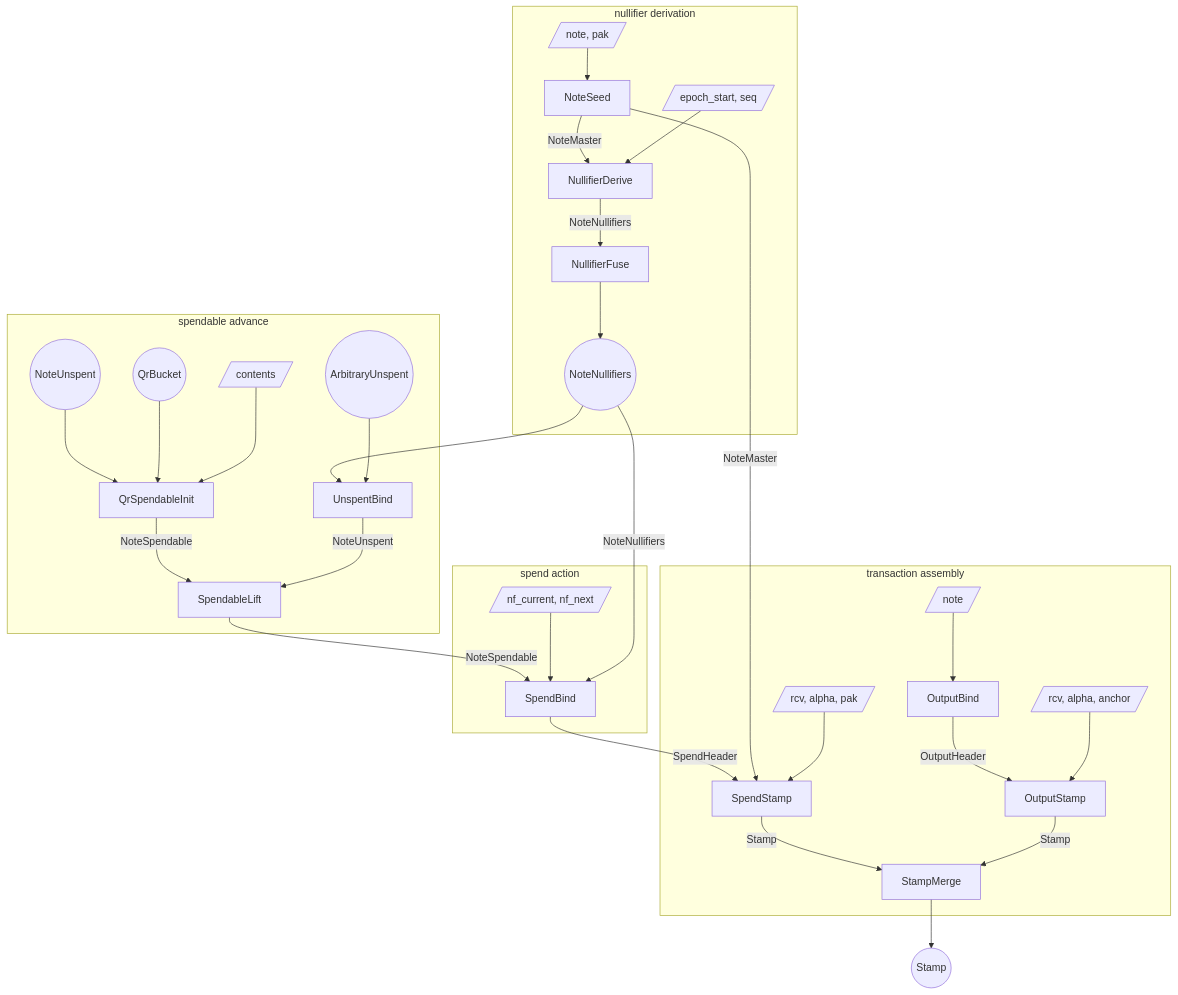
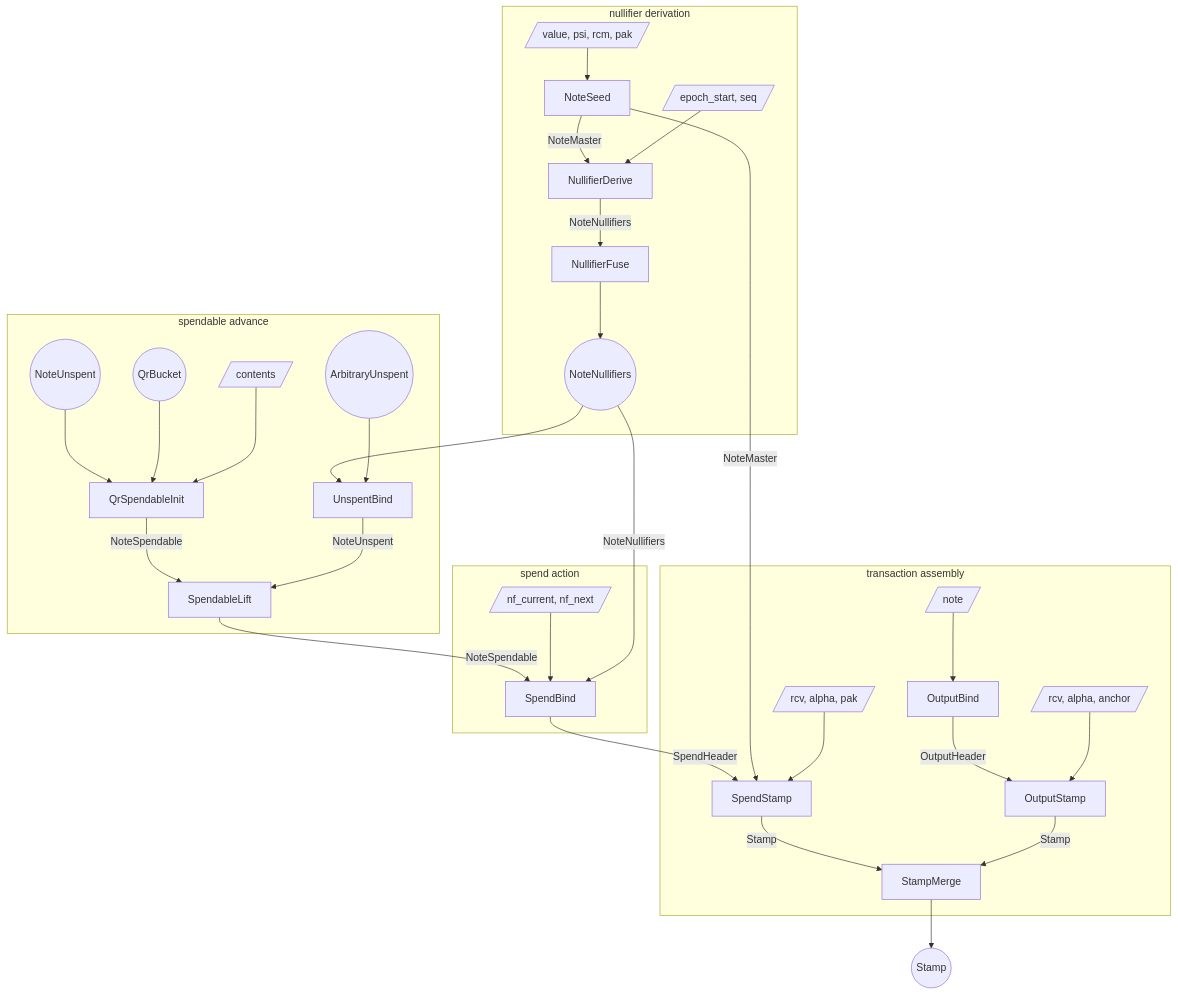
The first of 3 diagrams in book/src/proof-tree.md (tachyon-zcash/tachyon), drawn with Mermaid before and after one commit. The commit also changed other lines of this file and 3 other files, not shown here.

````diff
--- a/book/src/proof-tree.md
+++ b/book/src/proof-tree.md
@@ -289,66 +289,66 @@
 ```mermaid
 flowchart TB
   subgraph derive [nullifier derivation]
-    w_seed[/note, pak/]
+    w_seed[/value, psi, rcm, pak/]
     s_seed[NoteSeed]
     w_window[/epoch_start, seq/]
     s_window[NullifierDerive]
     s_dfuse[NullifierFuse]
     nf_range((NoteNullifiers))
   end
 
   subgraph spendable [spendable advance]
     bucket_in((QrBucket))
     creation_in((NoteUnspent))
     w_init[/contents/]
     s_init[QrSpendableInit]
     unspent_in((ArbitraryUnspent))
     s_unspentbind[UnspentBind]
     s_lift[SpendableLift]
   end
 
   subgraph spend_stamp [spend action]
     w_bind[/nf_current, nf_next/]
     s_bind[SpendBind]
   end
 
   subgraph merge [transaction assembly]
     w_stamp[/rcv, alpha, pak/]
     s_spendstamp[SpendStamp]
     w_outbind[/note/]
     s_outbind[OutputBind]
     w_output[/rcv, alpha, anchor/]
     s_output[OutputStamp]
     s_merge[StampMerge]
   end
 
   stamp_out((Stamp))
 
   w_seed --> s_seed
   s_seed -->|NoteMaster| s_window
   w_window --> s_window
   s_window -->|NoteNullifiers| s_dfuse
   s_dfuse --> nf_range
 
   creation_in --> s_init
   bucket_in --> s_init
   w_init --> s_init
   nf_range --> s_unspentbind
   unspent_in --> s_unspentbind
   s_init -->|NoteSpendable| s_lift
   s_unspentbind -->|NoteUnspent| s_lift
   s_lift -->|NoteSpendable| s_bind
 
   w_bind --> s_bind
   nf_range -->|NoteNullifiers| s_bind
   s_bind -->|SpendHeader| s_spendstamp
   s_seed -->|NoteMaster| s_spendstamp
   w_stamp --> s_spendstamp
 
   w_outbind --> s_outbind
   s_outbind -->|OutputHeader| s_output
   w_output --> s_output
   s_spendstamp -->|Stamp| s_merge
   s_output -->|Stamp| s_merge
   s_merge --> stamp_out
 ```
````
